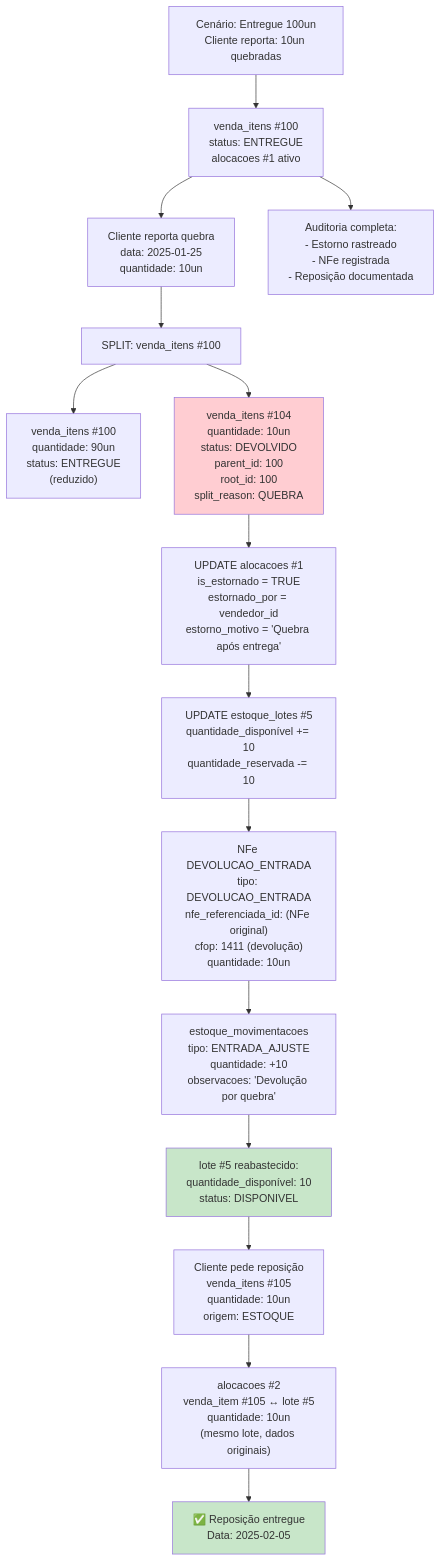
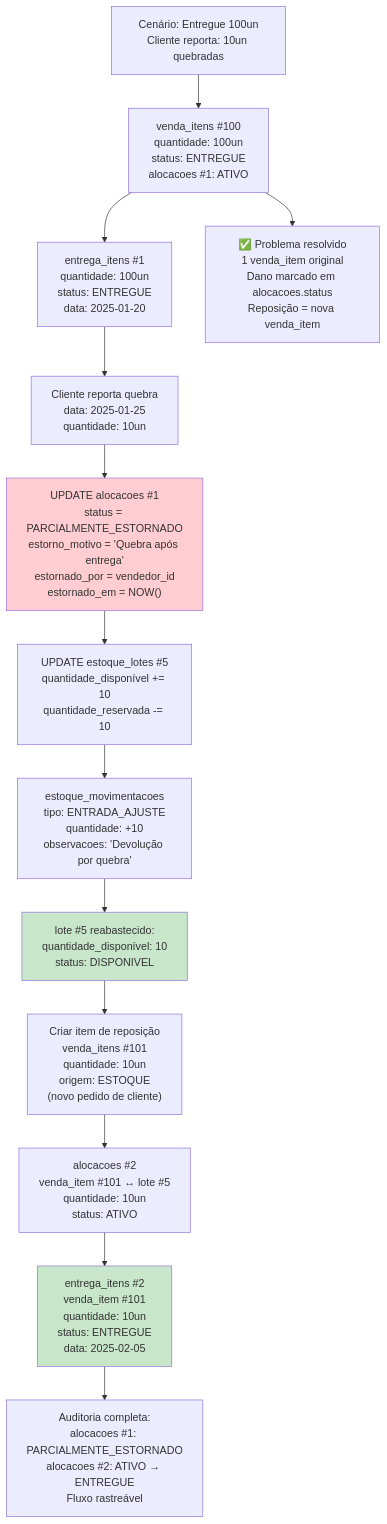
Before and after one commit to darktorres/ERP-STACCATO: the ninth of 17 diagrams in .claude/schema-proposto-flowchart.md, drawn with Mermaid. The commit also changed other lines of this file and 1 other file, not shown here.

````diff
--- a/.claude/schema-proposto-flowchart.md
+++ b/.claude/schema-proposto-flowchart.md
@@ -507,34 +499,30 @@
 ```mermaid
 flowchart TB
-    Start["Cenário: Entregue 100un<br/>Cliente reporta: 10un quebradas"] --> Delivered["venda_itens #100<br/>status: ENTREGUE<br/>alocacoes #1 ativo"]
+    Start["Cenário: Entregue 100un<br/>Cliente reporta: 10un quebradas"] --> Delivered["venda_itens #100<br/>quantidade: 100un<br/>status: ENTREGUE<br/>alocacoes #1: ATIVO"]
 
-    Delivered --> Report["Cliente reporta quebra<br/>data: 2025-01-25<br/>quantidade: 10un"]
+    Delivered --> EI["entrega_itens #1<br/>quantidade: 100un<br/>status: ENTREGUE<br/>data: 2025-01-20"]
 
-    Report --> Split1["SPLIT: venda_itens #100"]
+    EI --> Report["Cliente reporta quebra<br/>data: 2025-01-25<br/>quantidade: 10un"]
 
-    Split1 --> VI_Bom["venda_itens #100<br/>quantidade: 90un<br/>status: ENTREGUE<br/>(reduzido)"]
-
-    Split1 --> VI_Quebrado["venda_itens #104<br/>quantidade: 10un<br/>status: DEVOLVIDO<br/>parent_id: 100<br/>root_id: 100<br/>split_reason: QUEBRA"]
-
-    VI_Quebrado --> Estorno["UPDATE alocacoes #1<br/>is_estornado = TRUE<br/>estornado_por = vendedor_id<br/>estorno_motivo = 'Quebra após entrega'"]
+    Report --> Estorno["UPDATE alocacoes #1<br/>status = PARCIALMENTE_ESTORNADO<br/>estorno_motivo = 'Quebra após entrega'<br/>estornado_por = vendedor_id<br/>estornado_em = NOW()"]
 
     Estorno --> RestoreStock["UPDATE estoque_lotes #5<br/>quantidade_disponível += 10<br/>quantidade_reservada -= 10"]
 
-    RestoreStock --> NFeDevolucao["NFe DEVOLUCAO_ENTRADA<br/>tipo: DEVOLUCAO_ENTRADA<br/>nfe_referenciada_id: (NFe original)<br/>cfop: 1411 (devolução)<br/>quantidade: 10un"]
-
-    NFeDevolucao --> Mov["estoque_movimentacoes<br/>tipo: ENTRADA_AJUSTE<br/>quantidade: +10<br/>observacoes: 'Devolução por quebra'"]
+    RestoreStock --> Mov["estoque_movimentacoes<br/>tipo: ENTRADA_AJUSTE<br/>quantidade: +10<br/>observacoes: 'Devolução por quebra'"]
 
     Mov --> Inventory["lote #5 reabastecido:<br/>quantidade_disponível: 10<br/>status: DISPONIVEL"]
 
-    Inventory --> NewSale["Cliente pede reposição<br/>venda_itens #105<br/>quantidade: 10un<br/>origem: ESTOQUE"]
+    Inventory --> NewItem["Criar item de reposição<br/>venda_itens #101<br/>quantidade: 10un<br/>origem: ESTOQUE<br/>(novo pedido de cliente)"]
 
-    NewSale --> NewAloc["alocacoes #2<br/>venda_item #105 ↔ lote #5<br/>quantidade: 10un<br/>(mesmo lote, dados originais)"]
+    NewItem --> NewAloc["alocacoes #2<br/>venda_item #101 ↔ lote #5<br/>quantidade: 10un<br/>status: ATIVO"]
 
-    NewAloc --> Delivered2["✅ Reposição entregue<br/>Data: 2025-02-05"]
+    NewAloc --> NewDeliv["entrega_itens #2<br/>venda_item #101<br/>quantidade: 10un<br/>status: ENTREGUE<br/>data: 2025-02-05"]
 
-    style VI_Quebrado fill:#ffcdd2
+    NewDeliv --> Audit["Auditoria completa:<br/>alocacoes #1: PARCIALMENTE_ESTORNADO<br/>alocacoes #2: ATIVO → ENTREGUE<br/>Fluxo rastreável"]
+
+    style Estorno fill:#ffcdd2
     style Inventory fill:#c8e6c9
-    style Delivered2 fill:#c8e6c9
+    style NewDeliv fill:#c8e6c9
 
-    Delivered --> End["Auditoria completa:<br/>- Estorno rastreado<br/>- NFe registrada<br/>- Reposição documentada"]
+    Delivered --> End["✅ Problema resolvido<br/>1 venda_item original<br/>Dano marcado em alocacoes.status<br/>Reposição = nova venda_item"]
 ```
````
